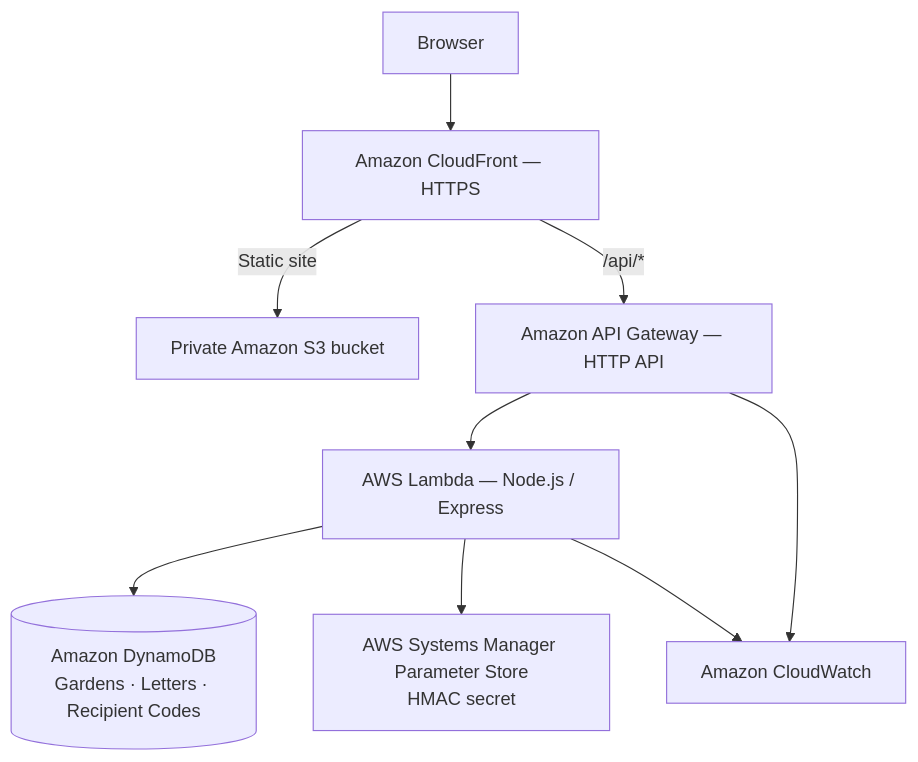
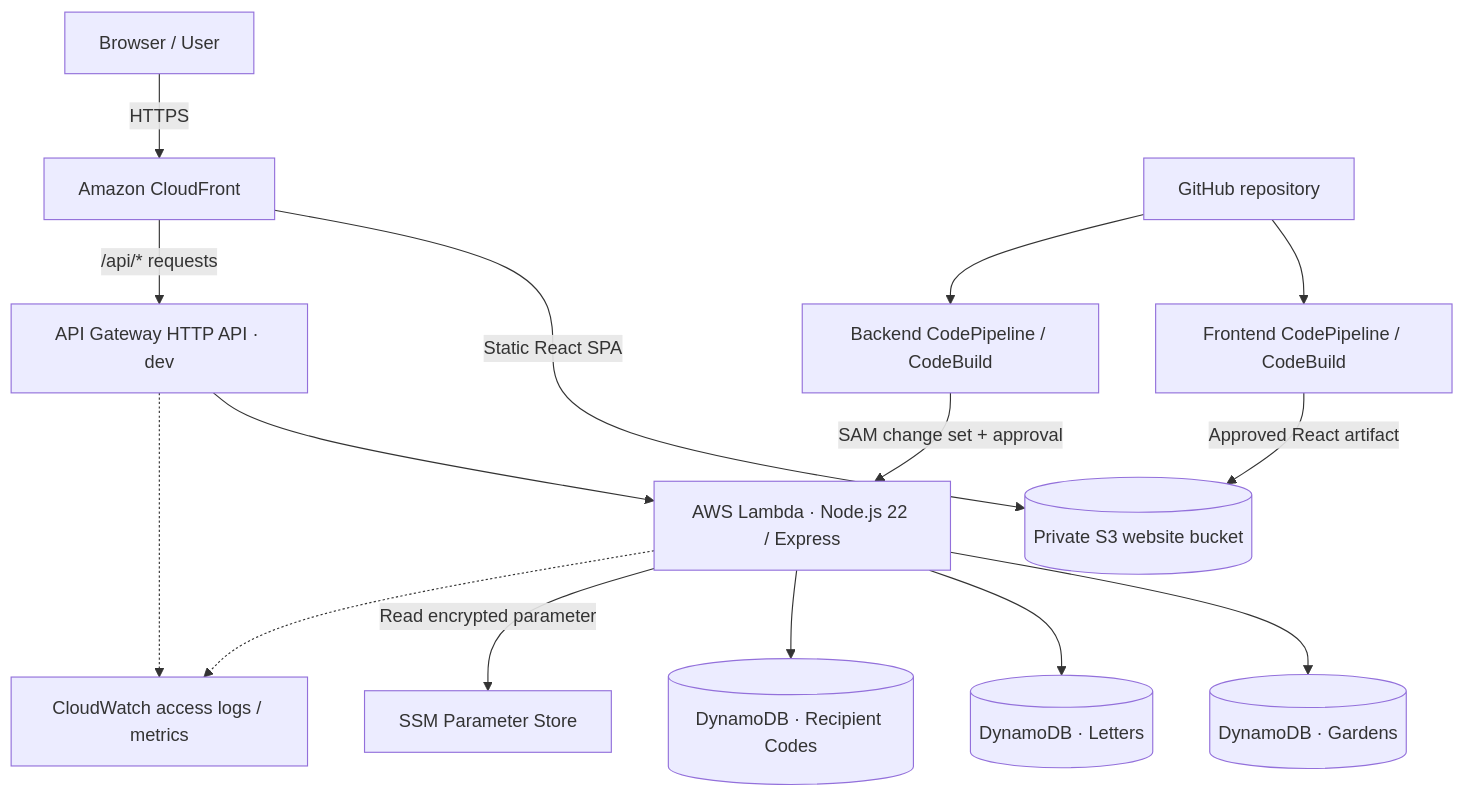
Before and after one commit to Nadaaath/letter-for-you: the first of 3 diagrams in README.md, drawn with Mermaid. The commit also changed other lines of this file, not shown here.

Commit message:
docs: expand Letter4You cloud migration documentation

````diff
--- a/README.md
+++ b/README.md
@@ -7,11 +75,18 @@
 ```mermaid
 flowchart TD
-  U[Browser] --> CF[Amazon CloudFront — HTTPS]
-  CF -->|Static site| S3[Private Amazon S3 bucket]
-  CF -->|/api/*| APIGW[Amazon API Gateway — HTTP API]
-  APIGW --> L[AWS Lambda — Node.js / Express]
-  L --> DDB[(Amazon DynamoDB\nGardens · Letters · Recipient Codes)]
-  L --> SSM[AWS Systems Manager Parameter Store\nHMAC secret]
-  APIGW --> CW[Amazon CloudWatch]
-  L --> CW
+    User[Browser / User] -->|HTTPS| CF[Amazon CloudFront]
+    CF -->|Static React SPA| S3[(Private S3 website bucket)]
+    CF -->|/api/* requests| APIGW[API Gateway HTTP API · dev]
+    APIGW --> Lambda[AWS Lambda · Node.js 22 / Express]
+    Lambda --> G[(DynamoDB · Gardens)]
+    Lambda --> L[(DynamoDB · Letters)]
+    Lambda --> C[(DynamoDB · Recipient Codes)]
+    Lambda -->|Read encrypted parameter| SSM[SSM Parameter Store]
+    APIGW -.-> Logs[CloudWatch access logs / metrics]
+    Lambda -.-> Logs
+
+    GitHub[GitHub repository] --> FrontCI[Frontend CodePipeline / CodeBuild]
+    GitHub --> BackCI[Backend CodePipeline / CodeBuild]
+    FrontCI -->|Approved React artifact| S3
+    BackCI -->|SAM change set + approval| Lambda
 ```
````
